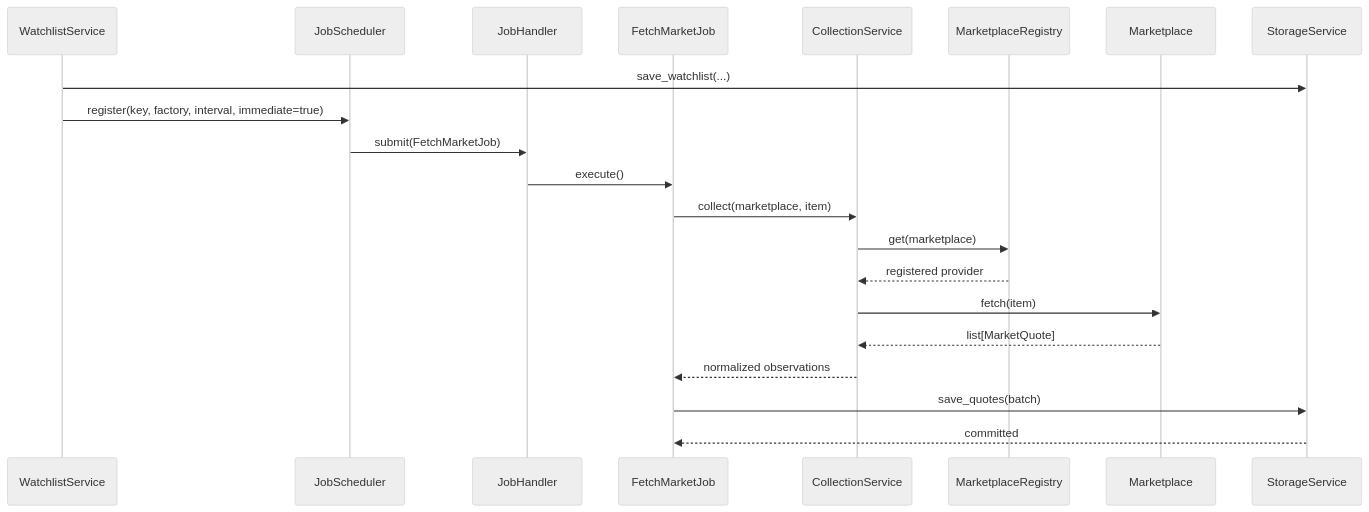
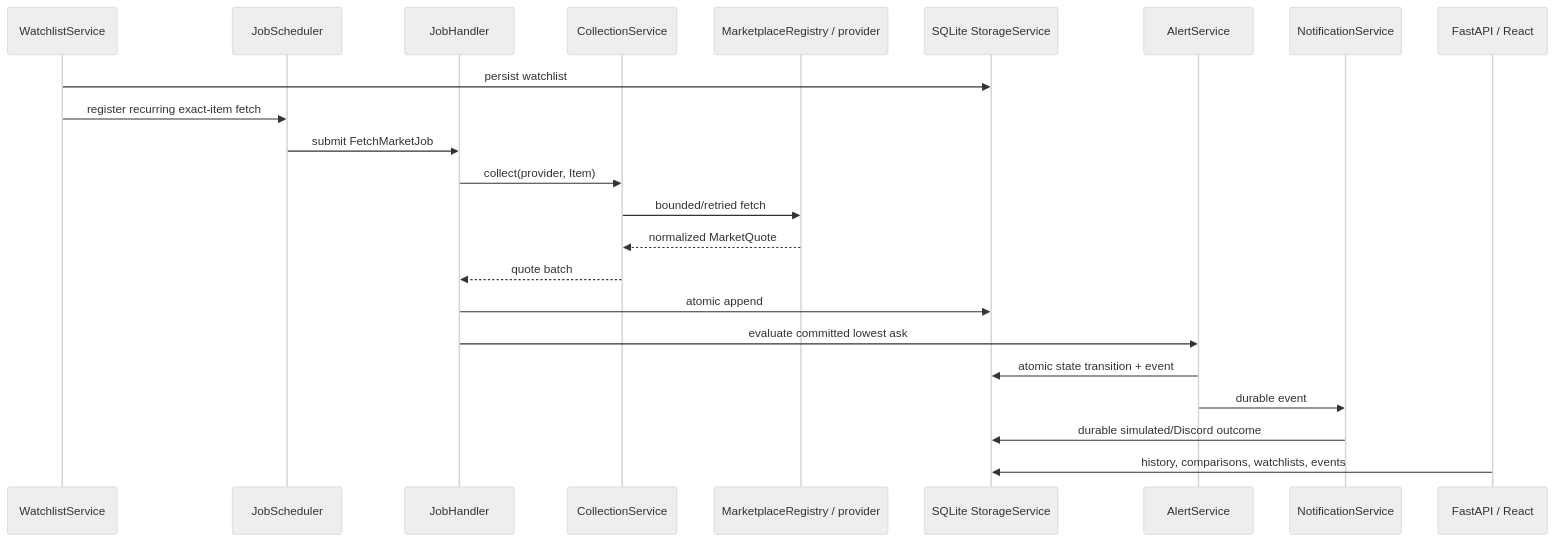
The second of 2 diagrams in README.md (maciejL03/price-oracle), drawn with Mermaid (neutral theme) before and after one commit. The commit also changed other lines of this file and 43 other files, not shown here.

````diff
--- a/README.md
+++ b/README.md
@@ -122,24 +114,26 @@
 ```mermaid
 sequenceDiagram
     participant W as WatchlistService
     participant S as JobScheduler
     participant H as JobHandler
-    participant F as FetchMarketJob
     participant C as CollectionService
-    participant R as MarketplaceRegistry
-    participant M as Marketplace
-    participant DB as StorageService
+    participant M as MarketplaceRegistry / provider
+    participant DB as SQLite StorageService
+    participant A as AlertService
+    participant N as NotificationService
+    participant UI as FastAPI / React
 
-    W->>DB: save_watchlist(...)
-    W->>S: register(key, factory, interval, immediate=true)
-    S->>H: submit(FetchMarketJob)
-    H->>F: execute()
-    F->>C: collect(marketplace, item)
-    C->>R: get(marketplace)
-    R-->>C: registered provider
-    C->>M: fetch(item)
-    M-->>C: list[MarketQuote]
-    C-->>F: normalized observations
-    F->>DB: save_quotes(batch)
-    DB-->>F: committed
+    W->>DB: persist watchlist
+    W->>S: register recurring exact-item fetch
+    S->>H: submit FetchMarketJob
+    H->>C: collect(provider, Item)
+    C->>M: bounded/retried fetch
+    M-->>C: normalized MarketQuote
+    C-->>H: quote batch
+    H->>DB: atomic append
+    H->>A: evaluate committed lowest ask
+    A->>DB: atomic state transition + event
+    A->>N: durable event
+    N->>DB: durable simulated/Discord outcome
+    UI->>DB: history, comparisons, watchlists, events
 ```
````
